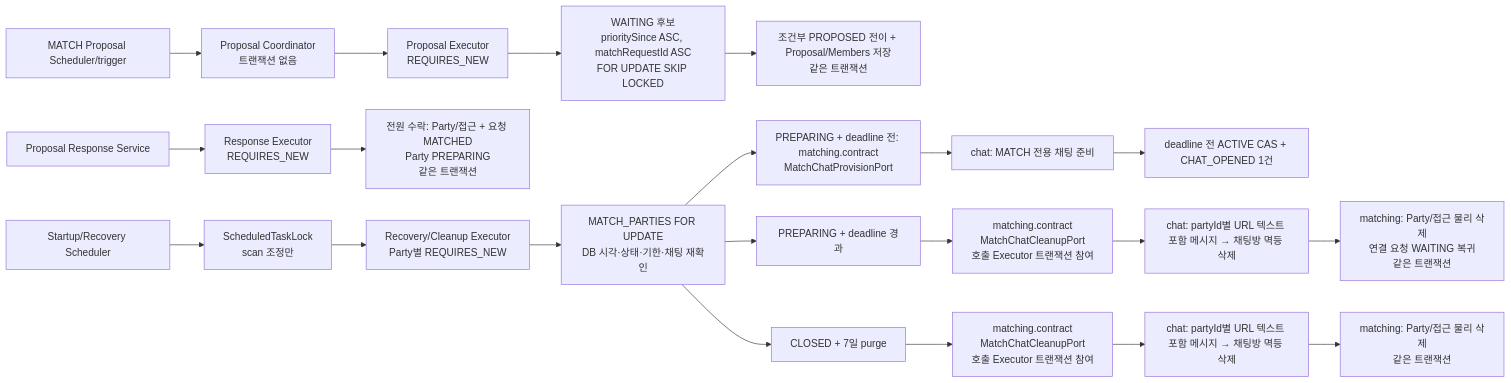
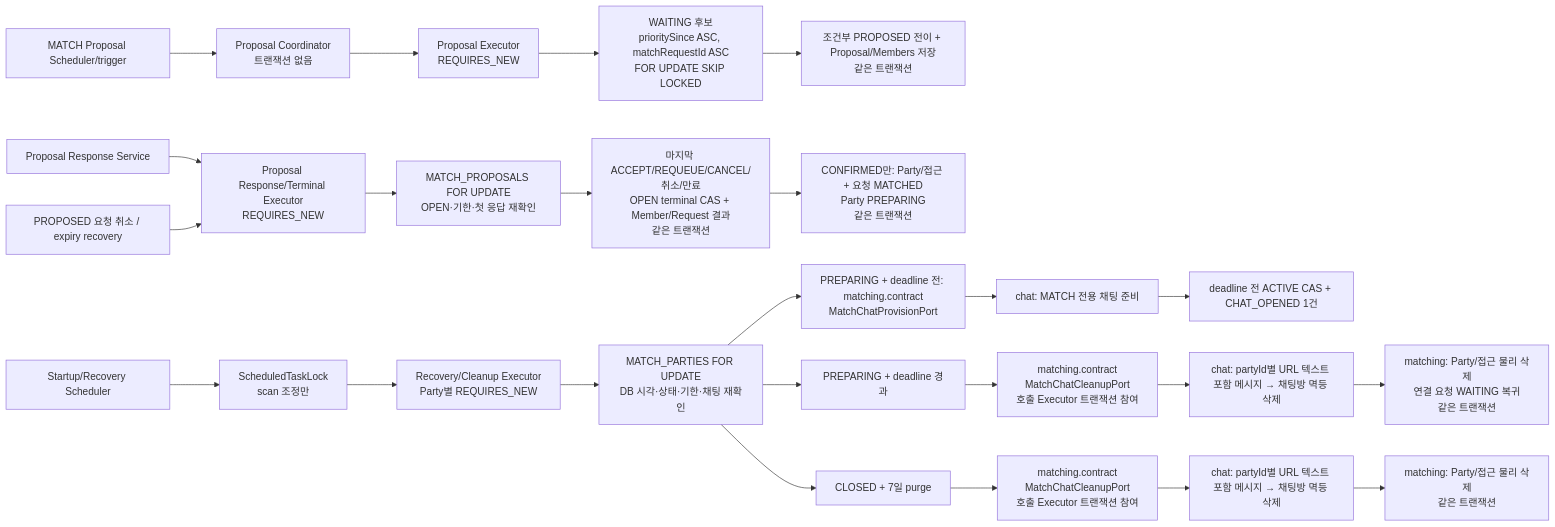
The eighth of 9 diagrams in docs/ARCHITECTURE.md (bamsongi-club/albam-mate), drawn with Mermaid before and after one commit. The commit also changed other lines of this file and 6 other files, not shown here.

````diff
--- a/docs/ARCHITECTURE.md
+++ b/docs/ARCHITECTURE.md
@@ -415,23 +415,26 @@
 ```mermaid
 flowchart LR
     matcher["MATCH Proposal Scheduler/trigger"] --> coordinator["Proposal Coordinator<br/>트랜잭션 없음"]
     coordinator --> proposalExecutor["Proposal Executor<br/>REQUIRES_NEW"]
     proposalExecutor --> claim["WAITING 후보<br/>prioritySince ASC, matchRequestId ASC<br/>FOR UPDATE SKIP LOCKED"]
     claim --> proposalWrite["조건부 PROPOSED 전이 + Proposal/Members 저장<br/>같은 트랜잭션"]
-    response["Proposal Response Service"] --> responseExecutor["Response Executor<br/>REQUIRES_NEW"]
-    responseExecutor --> finalize["전원 수락: Party/접근 + 요청 MATCHED<br/>Party PREPARING<br/>같은 트랜잭션"]
+    response["Proposal Response Service"] --> responseExecutor["Proposal Response/Terminal Executor<br/>REQUIRES_NEW"]
+    requestCancel["PROPOSED 요청 취소 / expiry recovery"] --> responseExecutor
+    responseExecutor --> proposalLock["MATCH_PROPOSALS FOR UPDATE<br/>OPEN·기한·첫 응답 재확인"]
+    proposalLock --> terminal["마지막 ACCEPT/REQUEUE/CANCEL/취소/만료<br/>OPEN terminal CAS + Member/Request 결과<br/>같은 트랜잭션"]
+    terminal --> finalize["CONFIRMED만: Party/접근 + 요청 MATCHED<br/>Party PREPARING<br/>같은 트랜잭션"]
     recoveryScheduler["Startup/Recovery Scheduler"] --> schedulerLock["ScheduledTaskLock<br/>scan 조정만"]
     schedulerLock --> recovery["Recovery/Cleanup Executor<br/>Party별 REQUIRES_NEW"]
     recovery --> partyLock["MATCH_PARTIES FOR UPDATE<br/>DB 시각·상태·기한·채팅 재확인"]
     partyLock --> provisionPort["PREPARING + deadline 전: matching.contract<br/>MatchChatProvisionPort"]
     provisionPort --> matchChat["chat: MATCH 전용 채팅 준비"]
     matchChat --> active["deadline 전 ACTIVE CAS + CHAT_OPENED 1건"]
     partyLock --> preparingFailure["PREPARING + deadline 경과"]
     preparingFailure --> preparingCleanupPort["matching.contract<br/>MatchChatCleanupPort<br/>호출 Executor 트랜잭션 참여"]
     preparingCleanupPort --> preparingChatCleanup["chat: partyId별 URL 텍스트 포함 메시지 → 채팅방 멱등 삭제"]
     preparingChatCleanup --> failed["matching: Party/접근 물리 삭제<br/>연결 요청 WAITING 복귀<br/>같은 트랜잭션"]
     partyLock --> closedPurge["CLOSED + 7일 purge"]
     closedPurge --> closedCleanupPort["matching.contract<br/>MatchChatCleanupPort<br/>호출 Executor 트랜잭션 참여"]
     closedCleanupPort --> closedChatCleanup["chat: partyId별 URL 텍스트 포함 메시지 → 채팅방 멱등 삭제"]
     closedChatCleanup --> purged["matching: Party/접근 물리 삭제<br/>같은 트랜잭션"]
 ```
````
